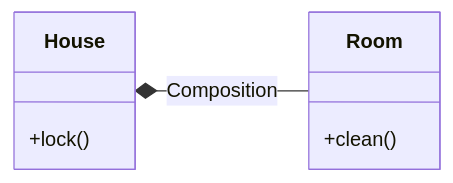
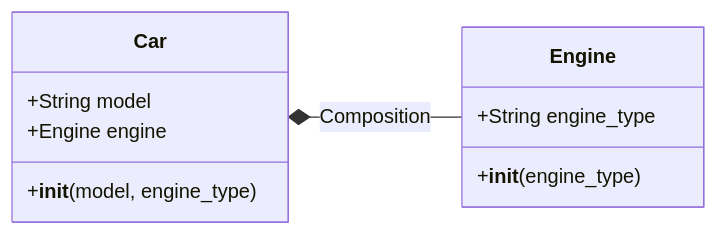
One commit to ismaelpamplona/isma.codes changed the fifth of 8 diagrams in posts/oop_design.md. Above: the diagram before and after it, drawn with Mermaid.

Commit message:
(up) Issue #fix_mermaid_issues.

```diff
--- a/posts/oop_design.md
+++ b/posts/oop_design.md
@@ -1232,7 +1232,10 @@
 <pre class="mermaid" style="display: flex; justify-content: center;">
 classDiagram
     direction LR
-    House *-- Room : Composition
-    House : +lock()
-    Room : +clean()
+    Car *-- Engine : Composition
+    Car : +String model
+    Car : +Engine engine
+    Car : +__init__(model, engine_type)
+    Engine : +String engine_type
+    Engine : +__init__(engine_type)
 </pre>
```
